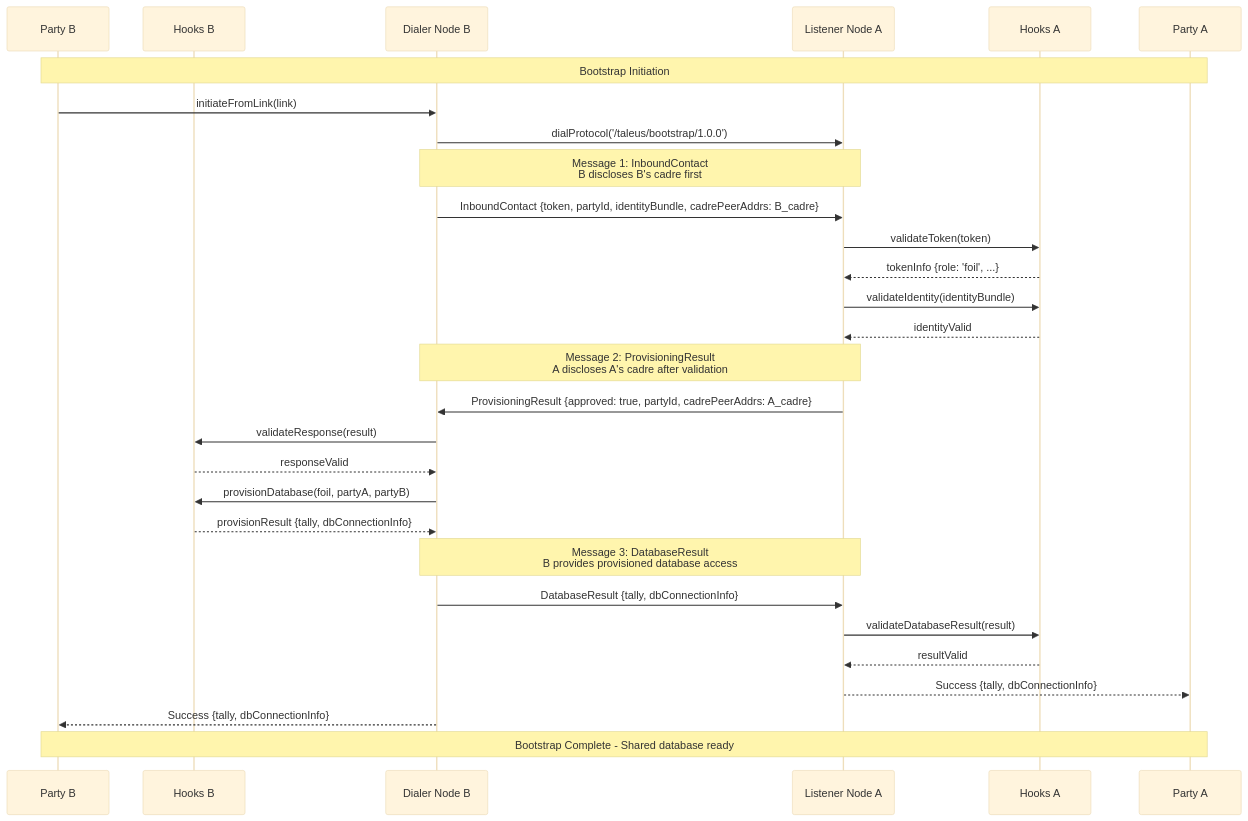
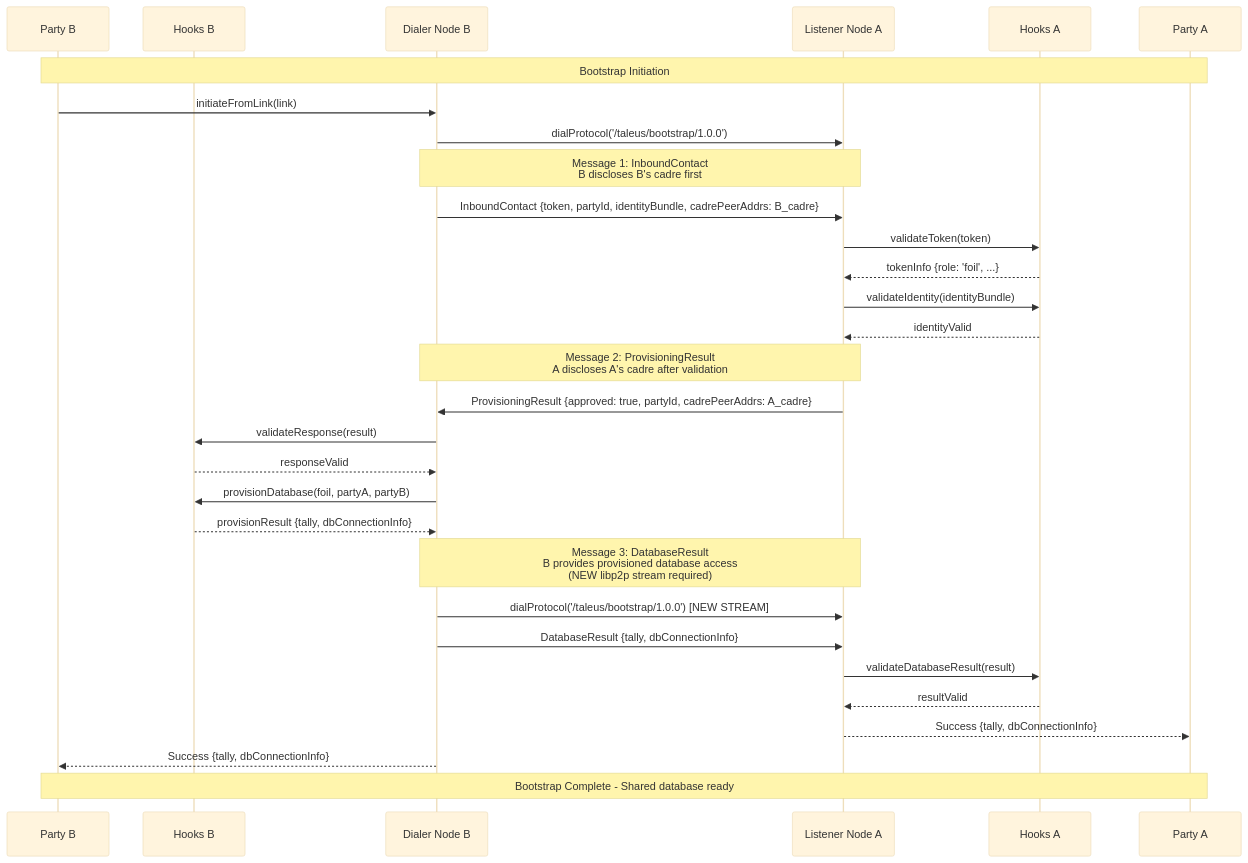
One commit to gotchoices/taleus changed the fourth of 5 diagrams in doc/bootstrap.md. Above: the diagram before and after it, drawn with Mermaid (base theme). The commit also changed other lines of this file and 3 other files, not shown here.

````diff
--- a/doc/bootstrap.md
+++ b/doc/bootstrap.md
@@ -129,40 +141,41 @@
 ```mermaid
 sequenceDiagram
     participant B as Party B
     participant HooksB as Hooks B
     participant NodeB as Dialer Node B
     participant NodeA as Listener Node A
     participant HooksA as Hooks A
     participant A as Party A
     
     Note over B,A: Bootstrap Initiation
     
     B->>NodeB: initiateFromLink(link)
     NodeB->>NodeA: dialProtocol('/taleus/bootstrap/1.0.0')
     
     Note over NodeB,NodeA: Message 1: InboundContact<br/>B discloses B's cadre first
     
     NodeB->>NodeA: InboundContact {token, partyId, identityBundle, cadrePeerAddrs: B_cadre}
     NodeA->>HooksA: validateToken(token)
     HooksA-->>NodeA: tokenInfo {role: 'foil', ...}
     NodeA->>HooksA: validateIdentity(identityBundle)
     HooksA-->>NodeA: identityValid
     
     Note over NodeB,NodeA: Message 2: ProvisioningResult<br/>A discloses A's cadre after validation
     
     NodeA->>NodeB: ProvisioningResult {approved: true, partyId, cadrePeerAddrs: A_cadre}
     NodeB->>HooksB: validateResponse(result)
     HooksB-->>NodeB: responseValid
     NodeB->>HooksB: provisionDatabase(foil, partyA, partyB)
     HooksB-->>NodeB: provisionResult {tally, dbConnectionInfo}
     
-    Note over NodeB,NodeA: Message 3: DatabaseResult<br/>B provides provisioned database access
+    Note over NodeB,NodeA: Message 3: DatabaseResult<br/>B provides provisioned database access<br/>(NEW libp2p stream required)
     
+    NodeB->>NodeA: dialProtocol('/taleus/bootstrap/1.0.0') [NEW STREAM]
     NodeB->>NodeA: DatabaseResult {tally, dbConnectionInfo}
     NodeA->>HooksA: validateDatabaseResult(result)
     HooksA-->>NodeA: resultValid
     NodeA-->>A: Success {tally, dbConnectionInfo}
     NodeB-->>B: Success {tally, dbConnectionInfo}
     
     Note over B,A: Bootstrap Complete - Shared database ready
 ```
````
